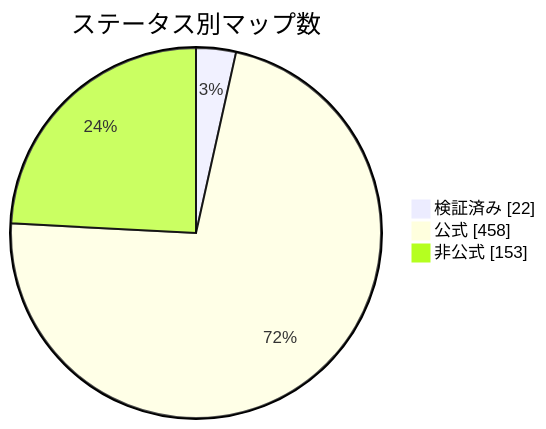
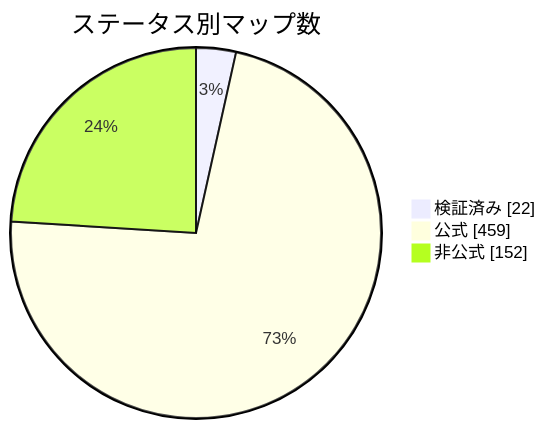
Before and after one commit to nobrega8/mbmap-library: the diagram in docs/readme/README_JP.md, drawn with Mermaid. The commit also changed 6 other files, not shown here.

````diff
--- a/docs/readme/README_JP.md
+++ b/docs/readme/README_JP.md
@@ -54,7 +54,7 @@
 ```mermaid
 pie showData
     title ステータス別マップ数
     "検証済み" : 22
-    "公式" : 458
-    "非公式" : 153
+    "公式" : 459
+    "非公式" : 152
 ```
````
